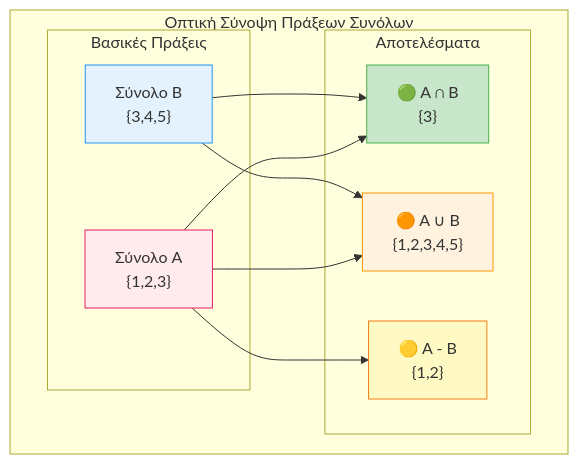
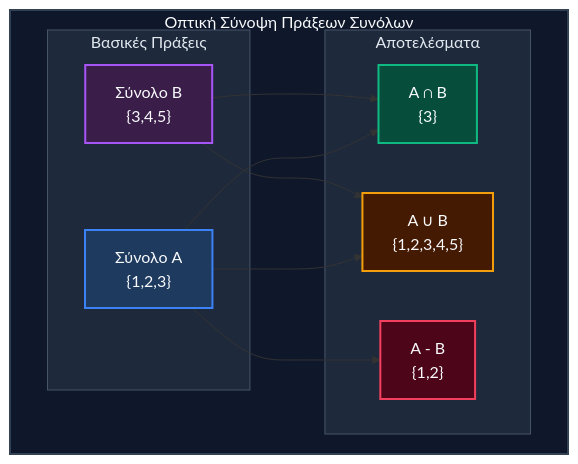
The fifth of 6 diagrams in Year_1/Semester_2/DISCRETE_MATHEMATICS/Resources/Notes/02_set_operations_and_venn.md (PanagopoulosNikolaos/DitOpenNotes), drawn with Mermaid before and after one commit. The commit also changed other lines of this file, not shown here.

Commit message:
docs: update notes on set operations and Venn diagrams

````diff
--- a/Year_1/Semester_2/DISCRETE_MATHEMATICS/Resources/Notes/02_set_operations_and_venn.md
+++ b/Year_1/Semester_2/DISCRETE_MATHEMATICS/Resources/Notes/02_set_operations_and_venn.md
@@ -130,28 +151,31 @@
 ```mermaid
 graph TD
-    subgraph Summary [" Οπτική Σύνοψη Πράξεων Συνόλων"]
+    subgraph Summary ["Οπτική Σύνοψη Πράξεων Συνόλων"]
         subgraph Row1 ["Βασικές Πράξεις"]
-            A1[" Σύνολο A<br/>{1,2,3}"]
-            B1[" Σύνολο B<br/>{3,4,5}"]
+            A1["Σύνολο A<br/>{1,2,3}"]
+            B1["Σύνολο B<br/>{3,4,5}"]
         end
         
         subgraph Row2 ["Αποτελέσματα"]
-            Int["🟢 A ∩ B<br/>{3}"]
-            Union["🟠 A ∪ B<br/>{1,2,3,4,5}"]
-            Diff["🟡 A - B<br/>{1,2}"]
+            Int["A ∩ B<br/>{3}"]
+            Union["A ∪ B<br/>{1,2,3,4,5}"]
+            Diff["A - B<br/>{1,2}"]
         end
     end
     
     A1 --> Int
     B1 --> Int
     A1 --> Union
     B1 --> Union
     A1 --> Diff
     
-    style A1 fill:#ffebee,stroke:#e91e63
-    style B1 fill:#e3f2fd,stroke:#2196f3
-    style Int fill:#c8e6c9,stroke:#4caf50
-    style Union fill:#fff3e0,stroke:#ff9800
-    style Diff fill:#fff9c4,stroke:#f57f17
+    style Summary fill:#0f172a,stroke:#334155,stroke-width:2px,color:#f8fafc
+    style Row1 fill:#1e293b,stroke:#475569,stroke-width:1px,color:#e2e8f0
+    style Row2 fill:#1e293b,stroke:#475569,stroke-width:1px,color:#e2e8f0
+    style A1 fill:#1e3a5f,stroke:#3b82f6,stroke-width:2px,color:#f8fafc
+    style B1 fill:#3b1d4a,stroke:#a855f7,stroke-width:2px,color:#f8fafc
+    style Int fill:#064e3b,stroke:#10b981,stroke-width:2px,color:#f8fafc
+    style Union fill:#451a03,stroke:#f59e0b,stroke-width:2px,color:#f8fafc
+    style Diff fill:#4c0519,stroke:#f43f5e,stroke-width:2px,color:#f8fafc
 
 ```
````
